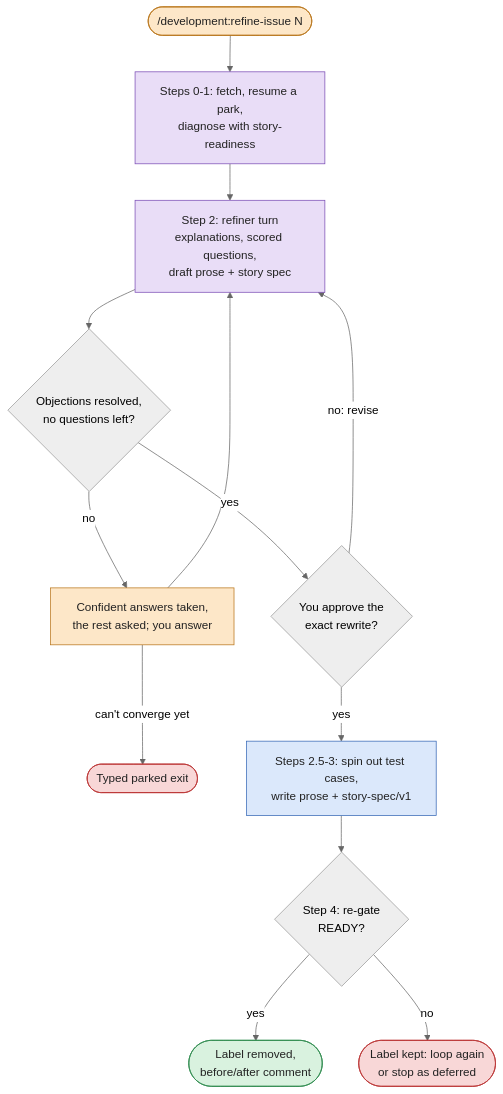
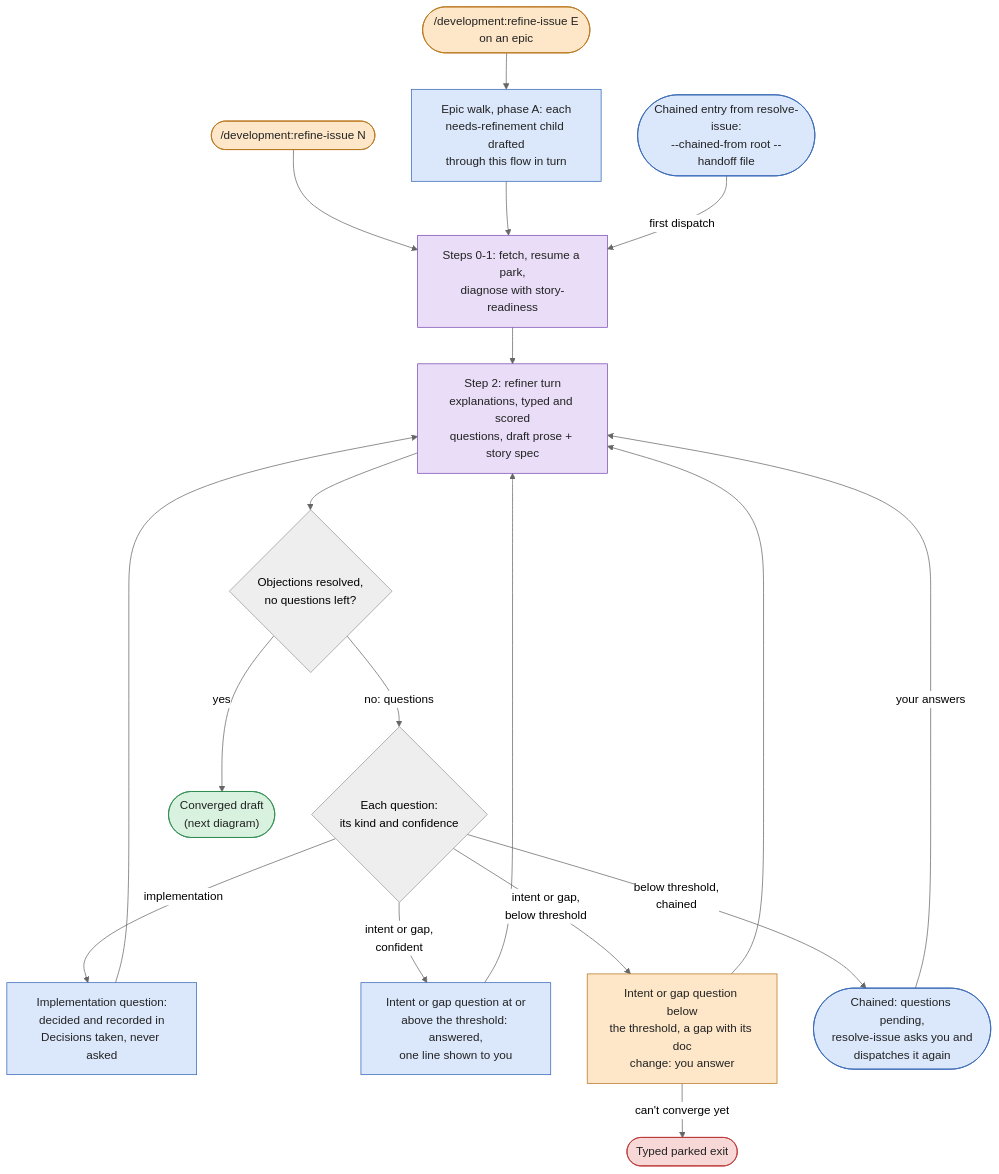
Before and after one commit to timo-jakob/timos-claude-code-plugins: the diagram in docs/explanation/diagrams/refine-issue.mmd, drawn with Mermaid (neutral theme). The commit also changed 5 other files, not shown here.

First line of the commit message:
docs(refine-issue): draw question kinds, conditional approval, split, epic walk and chained entry (#3033)

```diff
--- a/docs/explanation/diagrams/refine-issue.mmd
+++ b/docs/explanation/diagrams/refine-issue.mmd
@@ -1,27 +1,34 @@
 flowchart TD
     classDef human fill:#fde7c8,stroke:#b8741a,color:#222
     classDef conductor fill:#dbe8fb,stroke:#3567b5,color:#222
     classDef agent fill:#e9ddf7,stroke:#7a4cb5,color:#222
     classDef stop fill:#f8d7d7,stroke:#b33,color:#222
     classDef ok fill:#d9f2df,stroke:#2e8b4e,color:#222
 
     START(["/development:refine-issue N"]):::human
+    EPIC(["/development:refine-issue E<br/>on an epic"]):::human
+    WALK["Epic walk, phase A: each<br/>needs-refinement child drafted<br/>through this flow in turn"]:::conductor
+    CHAIN(["Chained entry from resolve-issue:<br/>--chained-from root --handoff file"]):::conductor
     DIAG["Steps 0-1: fetch, resume a park,<br/>diagnose with story-readiness"]:::agent
-    TURN["Step 2: refiner turn<br/>explanations, scored questions,<br/>draft prose + story spec"]:::agent
-    ASK["Confident answers taken,<br/>the rest asked; you answer"]:::human
+    TURN["Step 2: refiner turn<br/>explanations, typed and scored<br/>questions, draft prose + story spec"]:::agent
     CONV{"Objections resolved,<br/>no questions left?"}
+    KIND{"Each question:<br/>its kind and confidence"}
+    DEC["Implementation question:<br/>decided and recorded in<br/>Decisions taken, never asked"]:::conductor
+    AUTO["Intent or gap question at or<br/>above the threshold: answered,<br/>one line shown to you"]:::conductor
+    ASK["Intent or gap question below<br/>the threshold, a gap with its doc<br/>change: you answer"]:::human
+    PEND(["Chained: questions pending,<br/>resolve-issue asks you and<br/>dispatches it again"]):::conductor
     PARK(["Typed parked exit"]):::stop
-    APPR{"You approve the<br/>exact rewrite?"}
-    WB["Steps 2.5-3: spin out test cases,<br/>write prose + story-spec/v1"]:::conductor
-    REGATE{"Step 4: re-gate<br/>READY?"}
-    DONE(["Label removed,<br/>before/after comment"]):::ok
-    KEEP(["Label kept: loop again<br/>or stop as deferred"]):::stop
+    NEXT(["Converged draft<br/>(next diagram)"]):::ok
 
-    START --> DIAG --> TURN --> CONV
-    CONV -- no --> ASK --> TURN
+    START --> DIAG
+    EPIC --> WALK --> DIAG
+    CHAIN -- "first dispatch" --> DIAG
+    DIAG --> TURN --> CONV
+    CONV -- "no: questions" --> KIND
+    KIND -- implementation --> DEC --> TURN
+    KIND -- "intent or gap,<br/>confident" --> AUTO --> TURN
+    KIND -- "intent or gap,<br/>below threshold" --> ASK --> TURN
     ASK -- "can't converge yet" --> PARK
-    CONV -- yes --> APPR
-    APPR -- "no: revise" --> TURN
-    APPR -- yes --> WB --> REGATE
-    REGATE -- yes --> DONE
-    REGATE -- no --> KEEP
+    KIND -- "below threshold,<br/>chained" --> PEND
+    PEND -- "your answers" --> TURN
+    CONV -- yes --> NEXT
```
